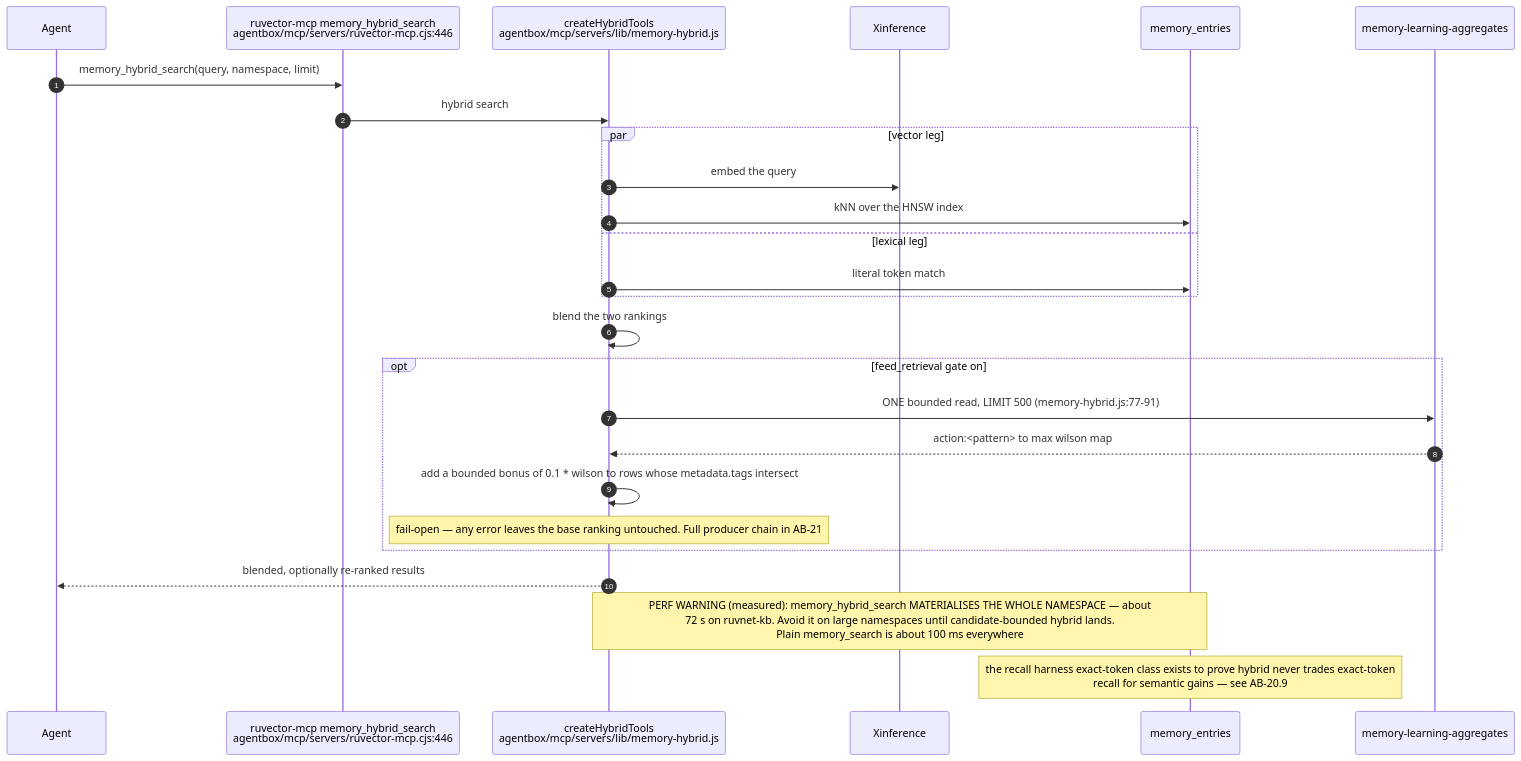
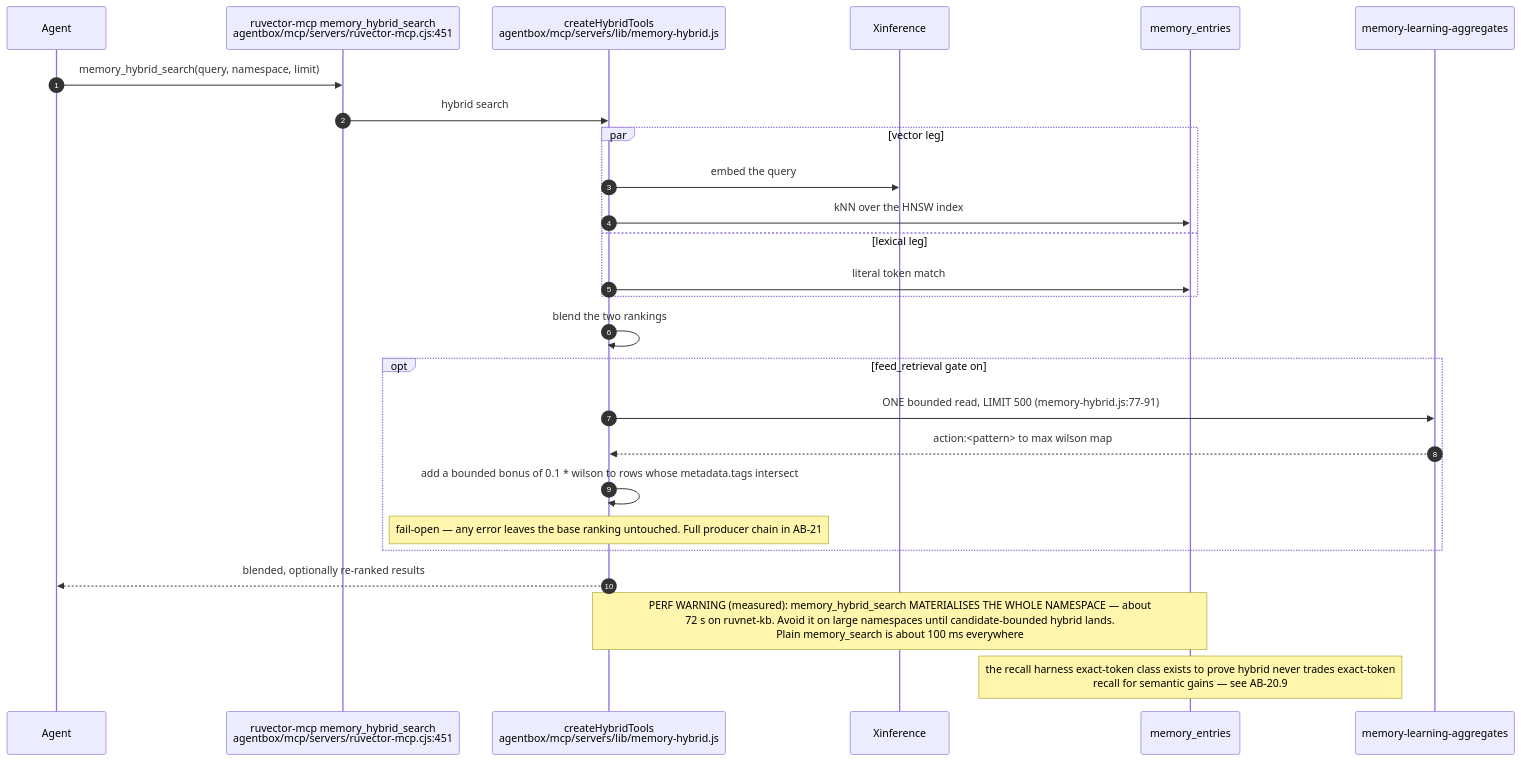
Before and after one commit to DreamLab-AI/VisionFlow: the fifth of 13 diagrams in docs/diagrams/agentbox/20-ruvector-memory-path.md, drawn with Mermaid. The commit also changed other lines of this file and 160 other files, not shown here.

````diff
--- a/docs/diagrams/agentbox/20-ruvector-memory-path.md
+++ b/docs/diagrams/agentbox/20-ruvector-memory-path.md
@@ -199,29 +204,29 @@
 ```mermaid
 sequenceDiagram
     autonumber
     participant AG as Agent
-    participant SRV as ruvector-mcp memory_hybrid_search<br/>agentbox/mcp/servers/ruvector-mcp.cjs:446
+    participant SRV as ruvector-mcp memory_hybrid_search<br/>agentbox/mcp/servers/ruvector-mcp.cjs:451
     participant HY as createHybridTools<br/>agentbox/mcp/servers/lib/memory-hybrid.js
     participant XI as Xinference
     participant PG as memory_entries
     participant AGG as memory-learning-aggregates
 
     AG->>SRV: memory_hybrid_search(query, namespace, limit)
     SRV->>HY: hybrid search
     par vector leg
         HY->>XI: embed the query
         HY->>PG: kNN over the HNSW index
     and lexical leg
         HY->>PG: literal token match
     end
     HY->>HY: blend the two rankings
     opt feed_retrieval gate on
         HY->>AGG: ONE bounded read, LIMIT 500 (memory-hybrid.js:77-91)
         AGG-->>HY: action:<pattern> to max wilson map
         HY->>HY: add a bounded bonus of 0.1 * wilson to rows whose metadata.tags intersect
         Note over HY: fail-open — any error leaves the base ranking untouched. Full producer chain in AB-21
     end
     HY-->>AG: blended, optionally re-ranked results
     Note over HY,PG: PERF WARNING (measured): memory_hybrid_search MATERIALISES THE WHOLE NAMESPACE — about<br/>72 s on ruvnet-kb. Avoid it on large namespaces until candidate-bounded hybrid lands.<br/>Plain memory_search is about 100 ms everywhere
     Note over PG: the recall harness exact-token class exists to prove hybrid never trades exact-token<br/>recall for semantic gains — see AB-20.9
 ```
````
